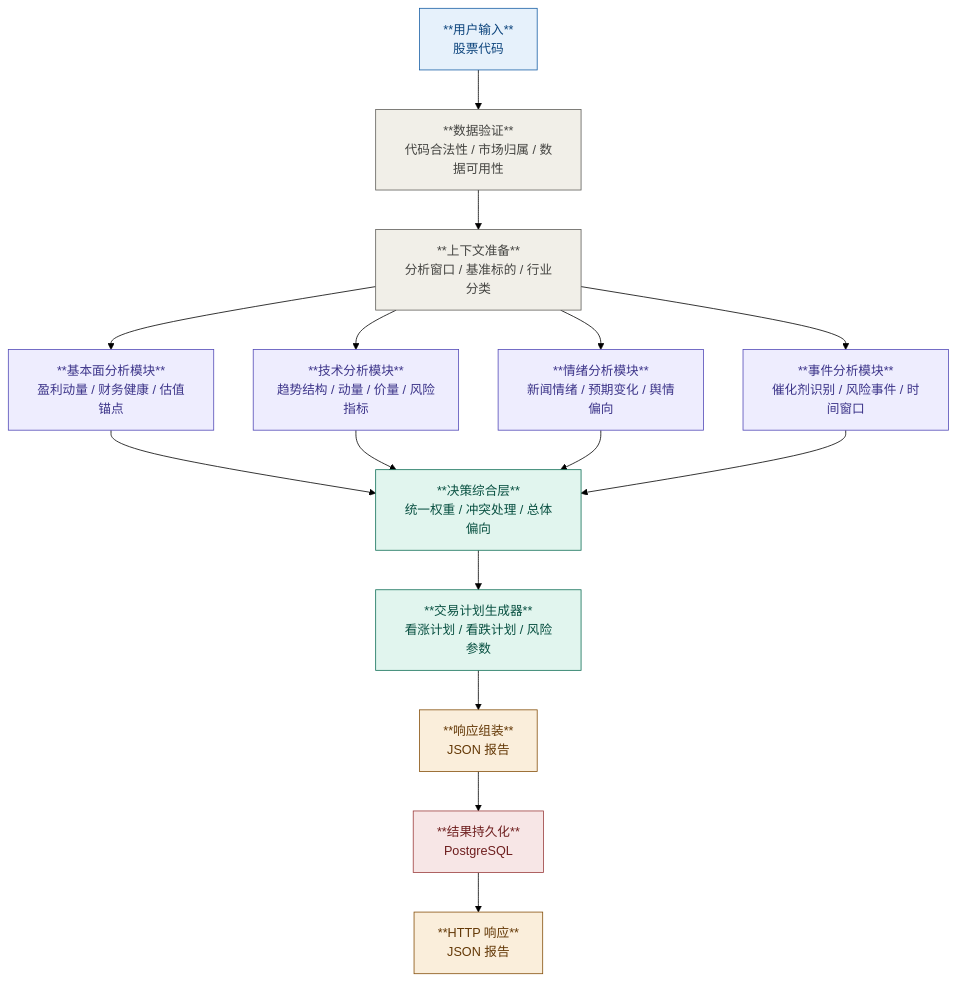
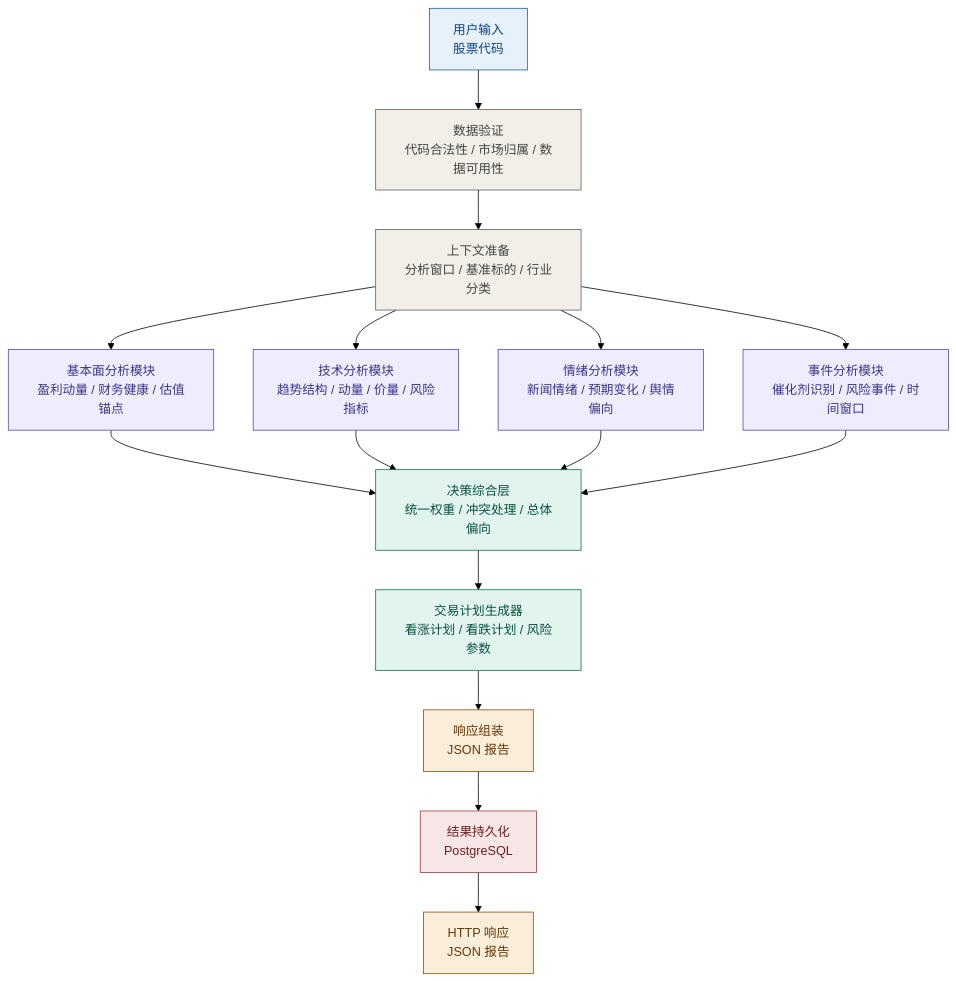
One commit to Leo1947193/TradePilot changed the diagram in docs/zh/design/system-architecture.md. Above: the diagram before and after it, drawn with Mermaid (forest theme). The commit also changed 2 other files, not shown here.

Commit message:
docs: refine technical analysis design docs

````diff
--- a/docs/zh/design/system-architecture.md
+++ b/docs/zh/design/system-architecture.md
@@ -18,46 +18,46 @@
 ```mermaid
 flowchart TD
-    A["**用户输入**\n股票代码"]
-    B["**数据验证**\n代码合法性 / 市场归属 / 数据可用性"]
-    C["**上下文准备**\n分析窗口 / 基准标的 / 行业分类"]
+    A["用户输入\n股票代码"]
+    B["数据验证\n代码合法性 / 市场归属 / 数据可用性"]
+    C["上下文准备\n分析窗口 / 基准标的 / 行业分类"]
 
-    D["**基本面分析模块**\n盈利动量 / 财务健康 / 估值锚点"]
-    E["**技术分析模块**\n趋势结构 / 动量 / 价量 / 风险指标"]
-    F["**情绪分析模块**\n新闻情绪 / 预期变化 / 舆情偏向"]
-    J["**事件分析模块**\n催化剂识别 / 风险事件 / 时间窗口"]
+    D["基本面分析模块\n盈利动量 / 财务健康 / 估值锚点"]
+    E["技术分析模块\n趋势结构 / 动量 / 价量 / 风险指标"]
+    F["情绪分析模块\n新闻情绪 / 预期变化 / 舆情偏向"]
+    J["事件分析模块\n催化剂识别 / 风险事件 / 时间窗口"]
 
-    G["**决策综合层**\n统一权重 / 冲突处理 / 总体偏向"]
-    H["**交易计划生成器**\n看涨计划 / 看跌计划 / 风险参数"]
-    I["**响应组装**\nJSON 报告"]
-    K["**结果持久化**\nPostgreSQL"]
-    L["**HTTP 响应**\nJSON 报告"]
+    G["决策综合层\n统一权重 / 冲突处理 / 总体偏向"]
+    H["交易计划生成器\n看涨计划 / 看跌计划 / 风险参数"]
+    I["响应组装\nJSON 报告"]
+    K["结果持久化\nPostgreSQL"]
+    L["HTTP 响应\nJSON 报告"]
 
     A --> B
     B --> C
     C --> D
     C --> E
     C --> F
     C --> J
     D --> G
     E --> G
     F --> G
     J --> G
     G --> H
     H --> I
     I --> K
     K --> L
 
     classDef input fill:#E6F1FB,stroke:#185FA5,color:#0C447C
     classDef prep fill:#F1EFE8,stroke:#5F5E5A,color:#444441
     classDef analysis fill:#EEEDFE,stroke:#534AB7,color:#3C3489
     classDef decision fill:#E1F5EE,stroke:#0F6E56,color:#085041
     classDef output fill:#FAEEDB,stroke:#854F0B,color:#633806
     classDef storage fill:#F7E6E6,stroke:#9B3D3D,color:#6E1E1E
 
     class A input
     class B,C prep
     class D,E,F,J analysis
     class G,H decision
     class I,L output
     class K storage
 ```
````
